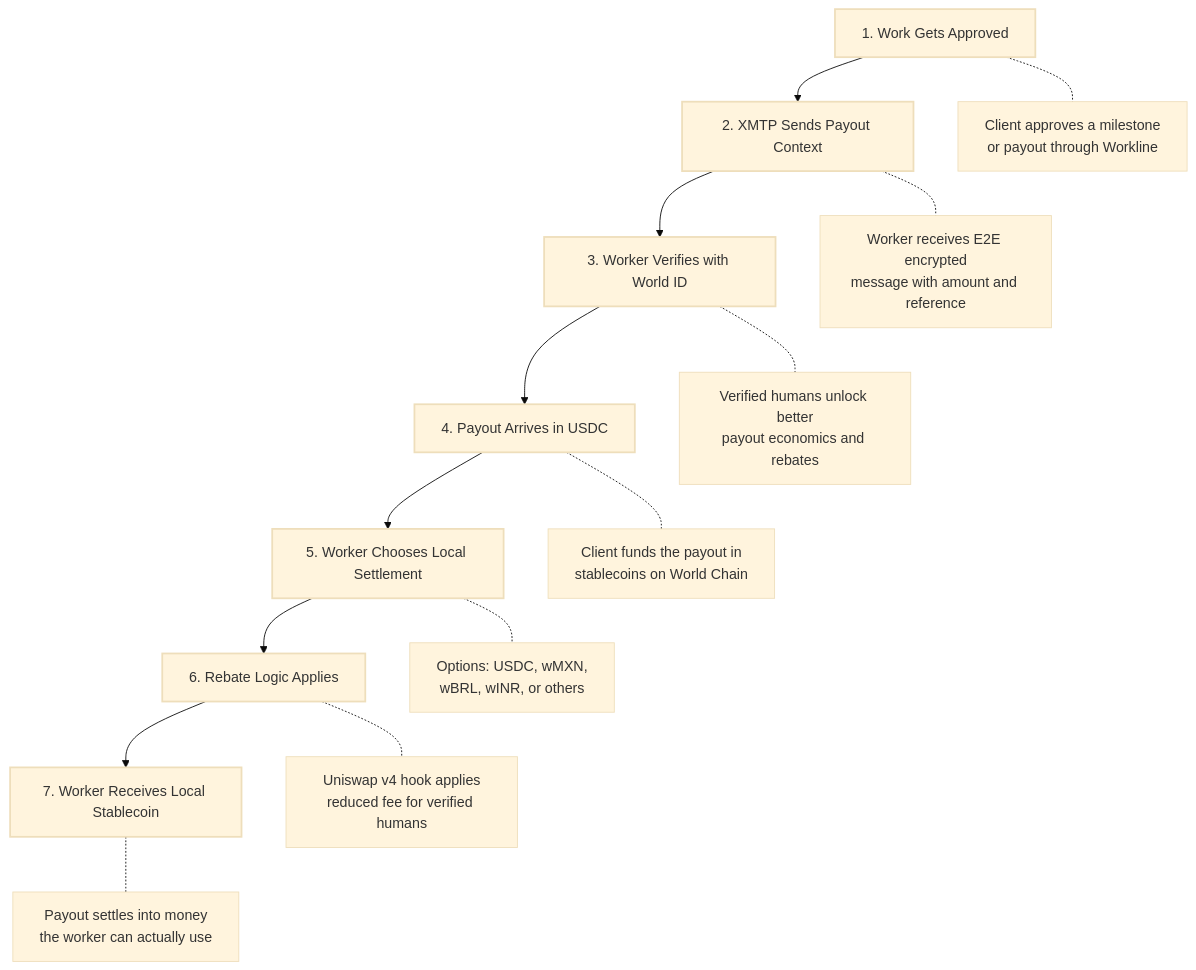
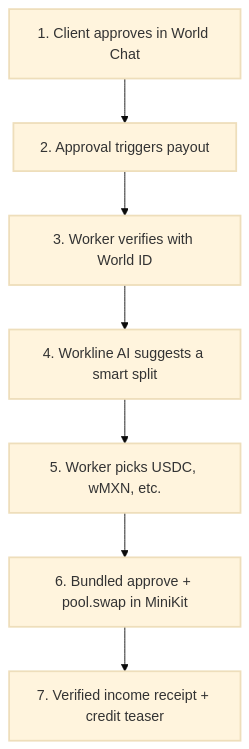
Before and after one commit to Adityaakr/Workline: the second of 7 diagrams in README.md, drawn with Mermaid (base theme). The commit also changed other lines of this file and 5 other files, not shown here.

First line of the commit message:
chore: pass appId to MiniKit, allow tunnel hosts, refresh docs

````diff
--- a/README.md
+++ b/README.md
@@ -57,19 +78,10 @@
 ```mermaid
 flowchart TD
-    S1["1. Work Gets Approved"]:::step --> S2["2. XMTP Sends Payout Context"]:::step
-    S2 --> S3["3. Worker Verifies with World ID"]:::step
-    S3 --> S4["4. Payout Arrives in USDC"]:::step
-    S4 --> S5["5. Worker Chooses Local Settlement"]:::step
-    S5 --> S6["6. Rebate Logic Applies"]:::step
-    S6 --> S7["7. Worker Receives Local Stablecoin"]:::step
-
-    S1 -.- N1["Client approves a milestone\nor payout through Workline"]
-    S2 -.- N2["Worker receives E2E encrypted\nmessage with amount and reference"]
-    S3 -.- N3["Verified humans unlock better\npayout economics and rebates"]
-    S4 -.- N4["Client funds the payout in\nstablecoins on World Chain"]
-    S5 -.- N5["Options: USDC, wMXN,\nwBRL, wINR, or others"]
-    S6 -.- N6["Uniswap v4 hook applies\nreduced fee for verified humans"]
-    S7 -.- N7["Payout settles into money\nthe worker can actually use"]
-
+    S1["1. Client approves in World Chat"]:::step --> S2["2. Approval triggers payout"]:::step
+    S2 --> S3["3. Worker verifies with World ID"]:::step
+    S3 --> S4["4. Workline AI suggests a smart split"]:::step
+    S4 --> S5["5. Worker picks USDC, wMXN, etc."]:::step
+    S5 --> S6["6. Bundled approve + pool.swap in MiniKit"]:::step
+    S6 --> S7["7. Verified income receipt + credit teaser"]:::step
     classDef step stroke-width:2px
 ```
````
